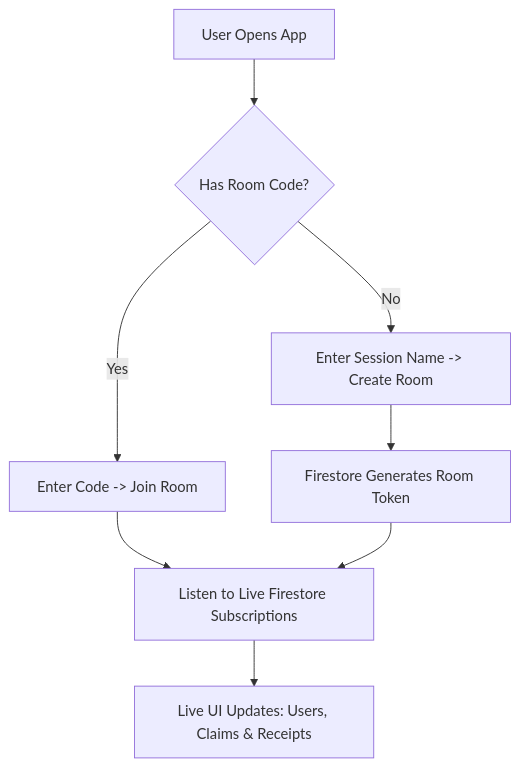
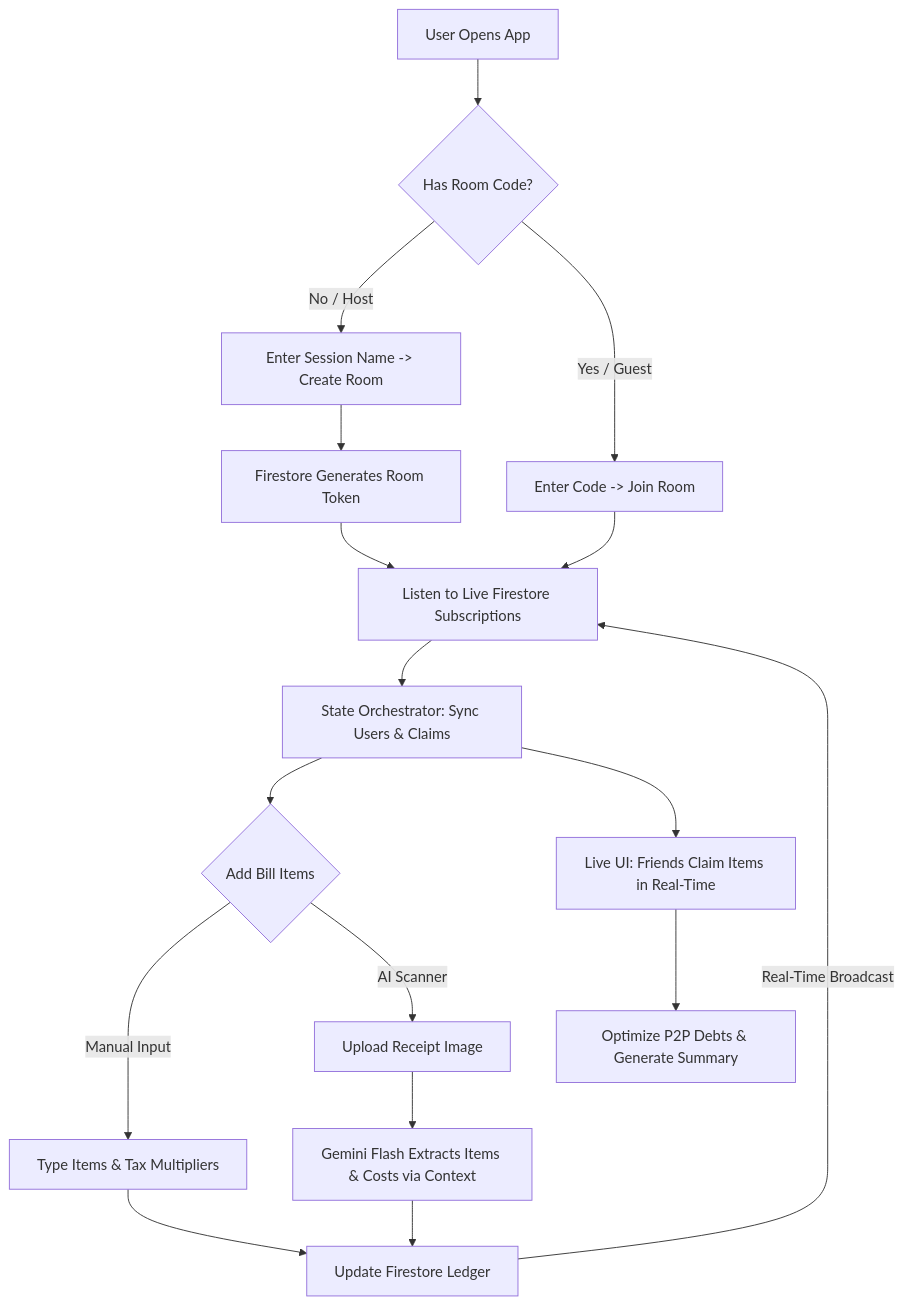
The diagram in DOCUMENTATION.md (minghuilau/bagi_duit_lah_bang), drawn with Mermaid before and after one commit.

Commit message:
Update DOCUMENTATION.md System Flowchart

````diff
--- a/DOCUMENTATION.md
+++ b/DOCUMENTATION.md
@@ -35,10 +35,29 @@
 ```mermaid
 graph TD
     A[User Opens App] --> B{Has Room Code?}
-    B -->|No| C[Enter Session Name -> Create Room]
-    B -->|Yes| D[Enter Code -> Join Room]
+    
+    %% Room Setup
+    B -->|No / Host| C[Enter Session Name -> Create Room]
+    B -->|Yes / Guest| D[Enter Code -> Join Room]
     C --> E[Firestore Generates Room Token]
-    D --> F[Listen to Live Firestore Subscriptions]
-    E --> F
-    F --> G[Live UI Updates: Users, Claims & Receipts]
+    
+    %% Real-Time Core Sync
+    E --> F[Listen to Live Firestore Subscriptions]
+    D --> F
+    F --> G[State Orchestrator: Sync Users & Claims]
+    
+    %% Receipt Input Paths
+    G --> H{Add Bill Items}
+    H -->|Manual Input| I[Type Items & Tax Multipliers]
+    H -->|AI Scanner| J[Upload Receipt Image]
+    J --> K[Gemini Flash Extracts Items & Costs via Context]
+    
+    %% Live Update Loop
+    I --> L[Update Firestore Ledger]
+    K --> L
+    L -->|Real-Time Broadcast| F
+    
+    %% Claiming & Settlement
+    G --> M[Live UI: Friends Claim Items in Real-Time]
+    M --> N[Optimize P2P Debts & Generate Summary]
 ```
````
